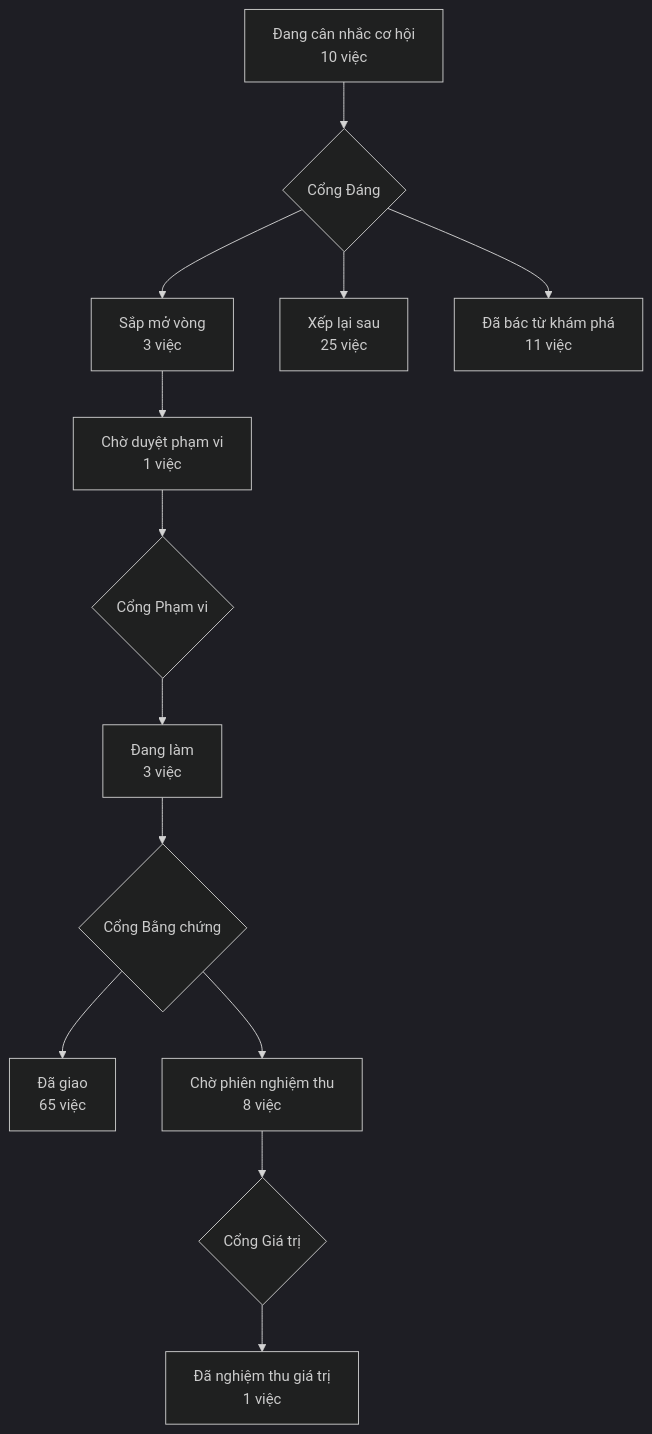
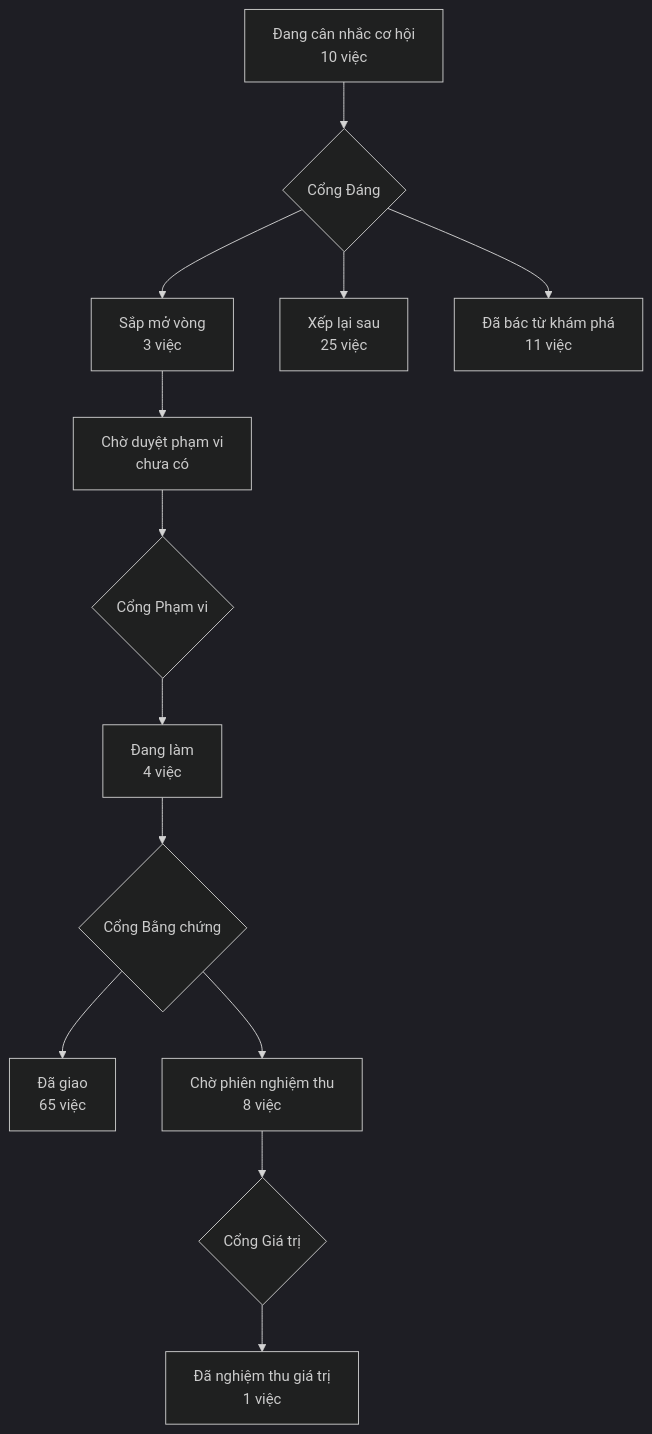
One commit to phanlemanh/acceptance-gate-kit changed the diagram in PRODUCT-MAP.md. Above: the diagram before and after it, drawn with Mermaid (dark theme). The commit also changed other lines of this file and 2 other files, not shown here.

Commit message:
feat(ho-so-nghi): bộ quét biết trạng thái nghỉ, bản đồ không thêm khối (AC-5, AC-9)

````diff
--- a/PRODUCT-MAP.md
+++ b/PRODUCT-MAP.md
@@ -6,12 +6,12 @@
 ```mermaid
 flowchart TD
   A["Đang cân nhắc cơ hội<br/>10 việc"] --> GD{"Cổng Đáng"}
   GD --> B["Sắp mở vòng<br/>3 việc"]
   GD --> XL["Xếp lại sau<br/>25 việc"]
   GD --> DB["Đã bác từ khám phá<br/>11 việc"]
-  B --> CD["Chờ duyệt phạm vi<br/>1 việc"] --> GP{"Cổng Phạm vi"}
-  GP --> DL["Đang làm<br/>3 việc"] --> GB{"Cổng Bằng chứng"}
+  B --> CD["Chờ duyệt phạm vi<br/>chưa có"] --> GP{"Cổng Phạm vi"}
+  GP --> DL["Đang làm<br/>4 việc"] --> GB{"Cổng Bằng chứng"}
   GB --> DG["Đã giao<br/>65 việc"]
   GB --> CN["Chờ phiên nghiệm thu<br/>8 việc"] --> GG{"Cổng Giá trị"}
   GG --> NT["Đã nghiệm thu giá trị<br/>1 việc"]
 ```
````
